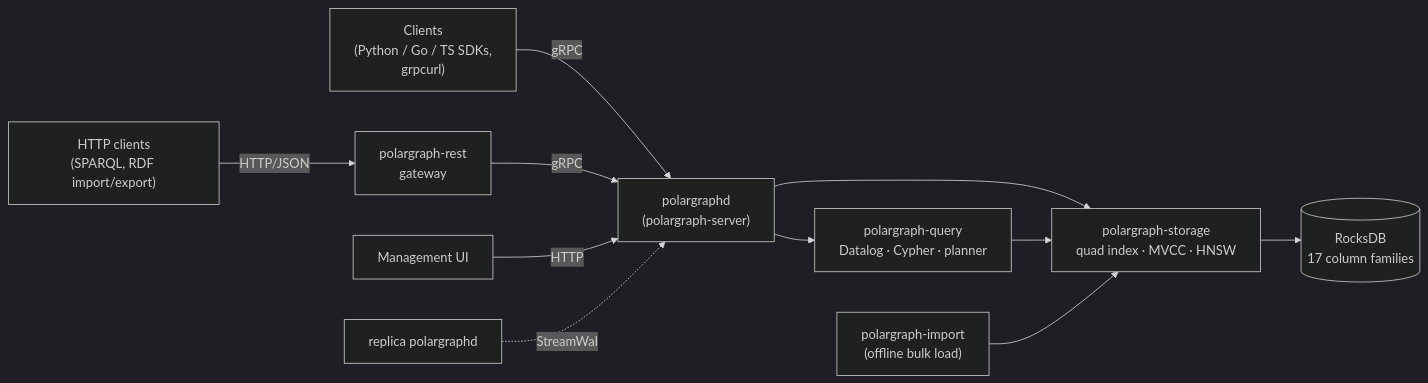
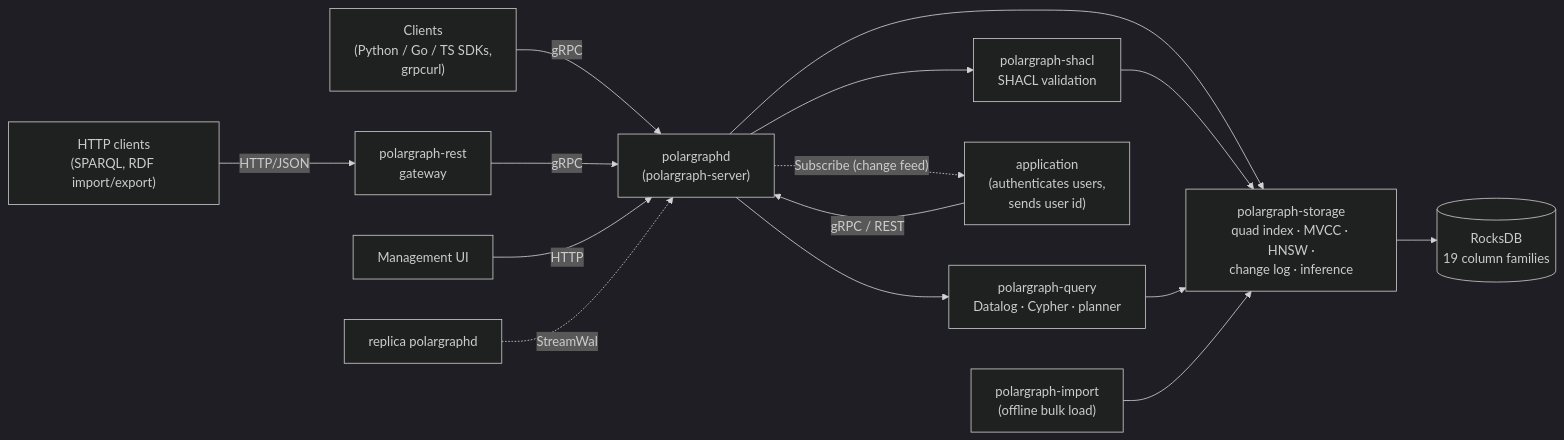
One commit to devcairn/polargraph changed the first of 16 diagrams in docs/architecture.md. Above: the diagram before and after it, drawn with Mermaid (dark theme). The commit also changed other lines of this file and 16 other files, not shown here.

````diff
--- a/docs/architecture.md
+++ b/docs/architecture.md
@@ -34,13 +34,17 @@
 ```mermaid
 flowchart LR
     clients["Clients<br/>(Python / Go / TS SDKs,<br/>grpcurl)"] -->|gRPC| server
     http["HTTP clients<br/>(SPARQL, RDF import/export)"] -->|HTTP/JSON| rest["polargraph-rest<br/>gateway"]
     rest -->|gRPC| server["polargraphd<br/>(polargraph-server)"]
     ui["Management UI"] -->|HTTP| server
     server --> query["polargraph-query<br/>Datalog · Cypher · planner"]
+    server --> shacl["polargraph-shacl<br/>SHACL validation"]
     server --> storage
-    query --> storage["polargraph-storage<br/>quad index · MVCC · HNSW"]
-    storage --> rocks[("RocksDB<br/>17 column families")]
+    shacl --> storage
+    query --> storage["polargraph-storage<br/>quad index · MVCC · HNSW ·<br/>change log · inference"]
+    storage --> rocks[("RocksDB<br/>19 column families")]
+    app["application<br/>(authenticates users,<br/>sends user id)"] -->|gRPC / REST| server
+    server -. "Subscribe (change feed)" .-> app
     import["polargraph-import<br/>(offline bulk load)"] --> storage
     replica["replica polargraphd"] -. "StreamWal" .-> server
 ```
````
